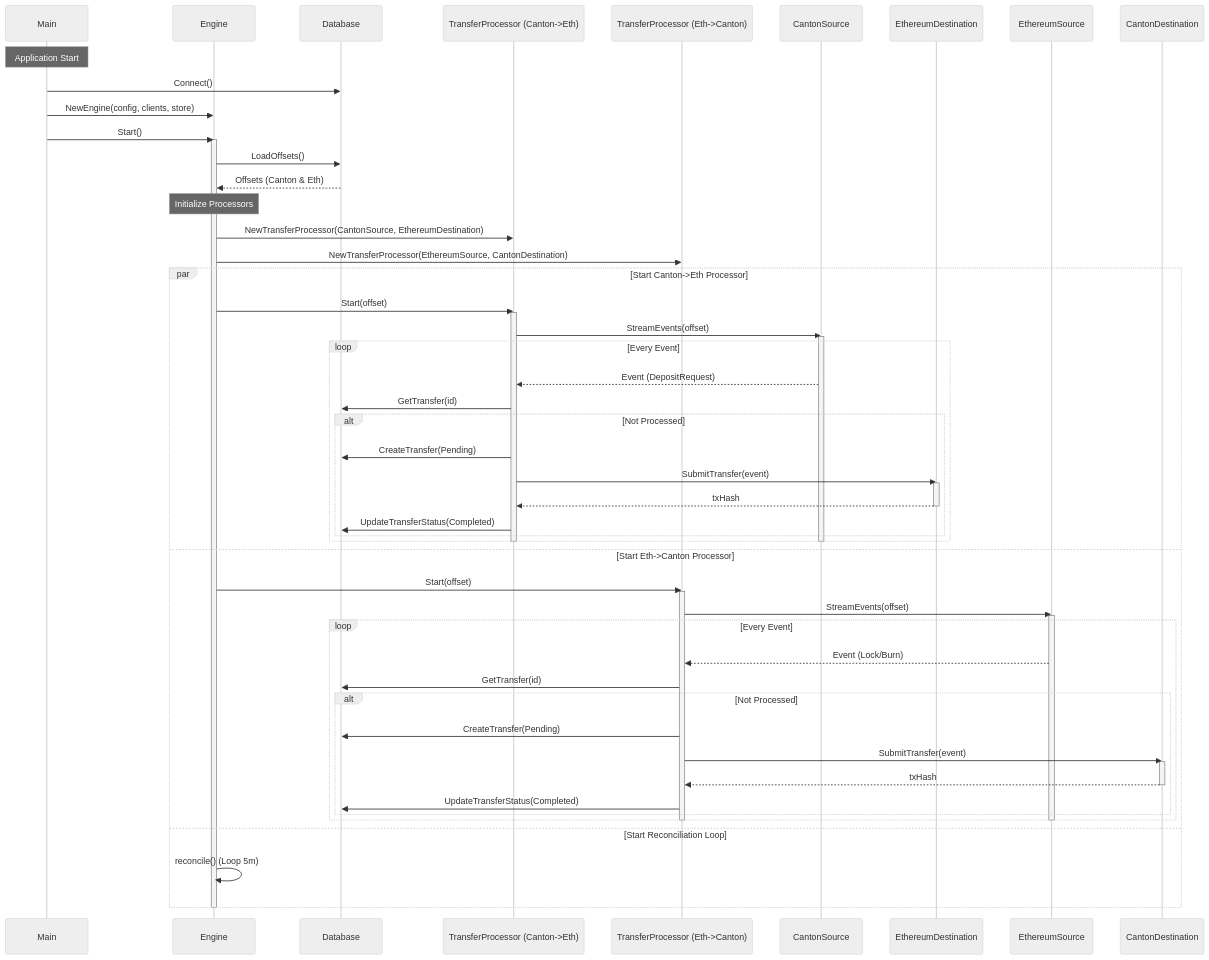
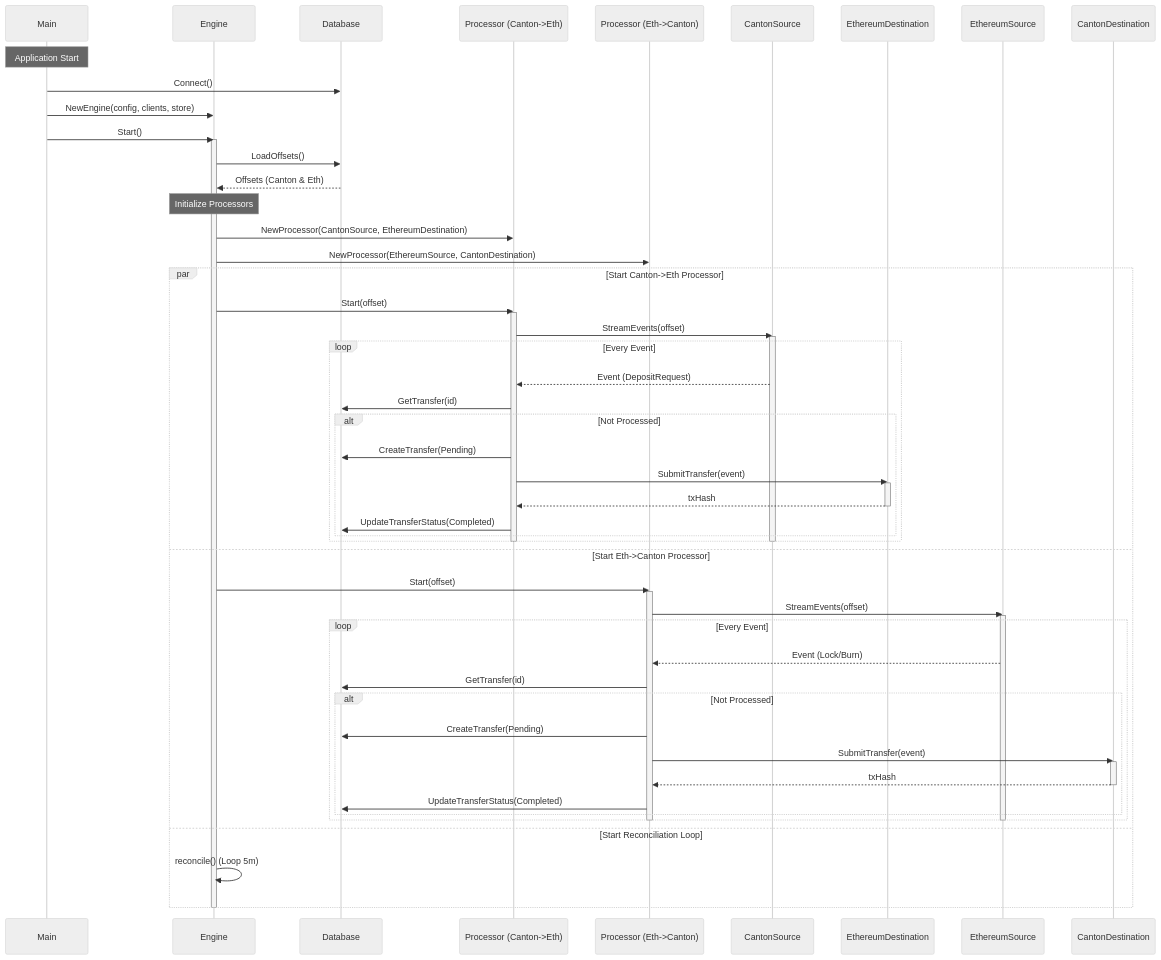
The diagram in docs/architecture_design.md (ChainSafe/canton-middleware), drawn with Mermaid (neutral theme) before and after one commit. The commit also changed other lines of this file and 3 other files, not shown here.

````diff
--- a/docs/architecture_design.md
+++ b/docs/architecture_design.md
@@ -7,71 +7,71 @@
 ```mermaid
 sequenceDiagram
     participant Main
     participant Engine
     participant Store as Database
-    participant C2E as TransferProcessor (Canton->Eth)
-    participant E2C as TransferProcessor (Eth->Canton)
+    participant C2E as Processor (Canton->Eth)
+    participant E2C as Processor (Eth->Canton)
     participant CS as CantonSource
     participant ED as EthereumDestination
     participant ES as EthereumSource
     participant CD as CantonDestination
 
     Note over Main: Application Start
 
     Main->>Store: Connect()
     Main->>Engine: NewEngine(config, clients, store)
     Main->>Engine: Start()
 
     activate Engine
     Engine->>Store: LoadOffsets()
     Store-->>Engine: Offsets (Canton & Eth)
 
     Note over Engine: Initialize Processors
 
-    Engine->>C2E: NewTransferProcessor(CantonSource, EthereumDestination)
-    Engine->>E2C: NewTransferProcessor(EthereumSource, CantonDestination)
+    Engine->>C2E: NewProcessor(CantonSource, EthereumDestination)
+    Engine->>E2C: NewProcessor(EthereumSource, CantonDestination)
 
     par Start Canton->Eth Processor
         Engine->>C2E: Start(offset)
         activate C2E
         C2E->>CS: StreamEvents(offset)
         activate CS
         loop Every Event
             CS-->>C2E: Event (DepositRequest)
             C2E->>Store: GetTransfer(id)
             alt Not Processed
                 C2E->>Store: CreateTransfer(Pending)
                 C2E->>ED: SubmitTransfer(event)
                 activate ED
                 ED-->>C2E: txHash
                 deactivate ED
                 C2E->>Store: UpdateTransferStatus(Completed)
             end
         end
         deactivate CS
         deactivate C2E
     and Start Eth->Canton Processor
         Engine->>E2C: Start(offset)
         activate E2C
         E2C->>ES: StreamEvents(offset)
         activate ES
         loop Every Event
             ES-->>E2C: Event (Lock/Burn)
             E2C->>Store: GetTransfer(id)
             alt Not Processed
                 E2C->>Store: CreateTransfer(Pending)
                 E2C->>CD: SubmitTransfer(event)
                 activate CD
                 CD-->>E2C: txHash
                 deactivate CD
                 E2C->>Store: UpdateTransferStatus(Completed)
             end
         end
         deactivate ES
         deactivate E2C
     and Start Reconciliation Loop
         Engine->>Engine: reconcile() (Loop 5m)
     end
 
     deactivate Engine
 ```
````
